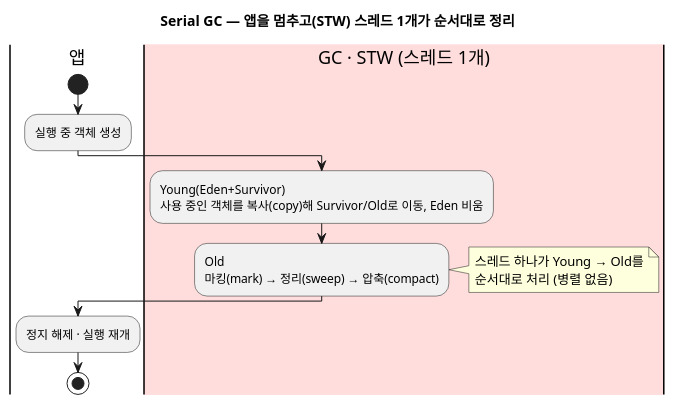
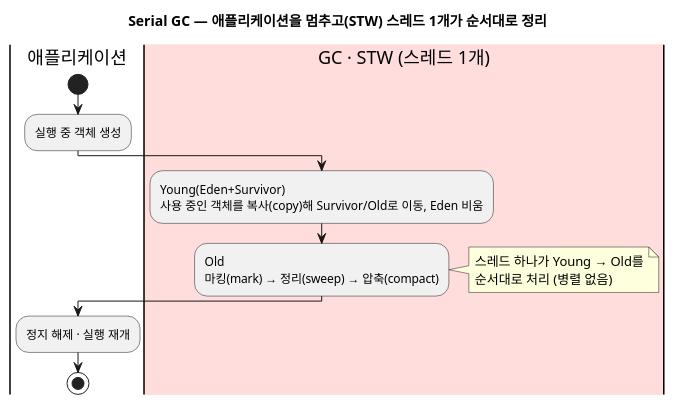
Before and after one commit to johnycho/johny-dev: the third of 10 diagrams in blog/2026-08-18-java-gc-types.mdx, drawn with PlantUML. The commit also changed other lines of this file and 49 other files, not shown here.

````diff
--- a/blog/2026-08-18-java-gc-types.mdx
+++ b/blog/2026-08-18-java-gc-types.mdx
@@ -129,18 +129,18 @@
 ```plantuml
 @startuml
-title Serial GC — 앱을 멈추고(STW) 스레드 1개가 순서대로 정리
-|앱|
+title Serial GC — 애플리케이션을 멈추고(STW) 스레드 1개가 순서대로 정리
+|애플리케이션|
 start
 :실행 중 객체 생성;
 |#FFDDDD|GC · STW (스레드 1개)|
 :Young(Eden+Survivor)\n사용 중인 객체를 복사(copy)해 Survivor/Old로 이동, Eden 비움;
 :Old\n마킹(mark) → 정리(sweep) → 압축(compact);
 note right
   스레드 하나가 Young → Old를
   순서대로 처리 (병렬 없음)
 end note
-|앱|
+|애플리케이션|
 :정지 해제 · 실행 재개;
 stop
 @enduml
 ```
````
